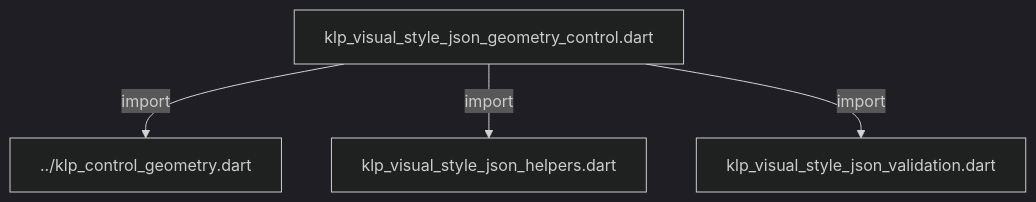
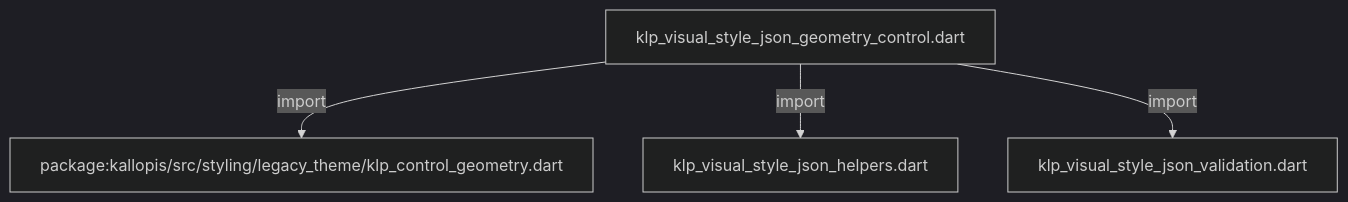
One commit to MiuDog/Kallopis changed the diagram in docs/architecture/src/styling/legacy_theme/internal/klp_visual_style_json_geometry_control.md. Above: the diagram before and after it, drawn with Mermaid (dark theme). The commit also changed other lines of this file and 9688 other files, not shown here.

Commit message:
Prepare isolated Flow F2 peer baseline

````diff
--- a/docs/architecture/src/styling/legacy_theme/internal/klp_visual_style_json_geometry_control.md
+++ b/docs/architecture/src/styling/legacy_theme/internal/klp_visual_style_json_geometry_control.md
@@ -11,10 +11,10 @@
 ```mermaid
 flowchart TD
 	n0["klp_visual_style_json_geometry_control.dart"]
-	n1["../klp_control_geometry.dart"]
+	n1["package:kallopis/src/styling/legacy_theme/klp_control_geometry.dart"]
 	n2["klp_visual_style_json_helpers.dart"]
 	n3["klp_visual_style_json_validation.dart"]
 	n0 -->|"import"| n1
 	n0 -->|"import"| n2
 	n0 -->|"import"| n3
 ```
````
